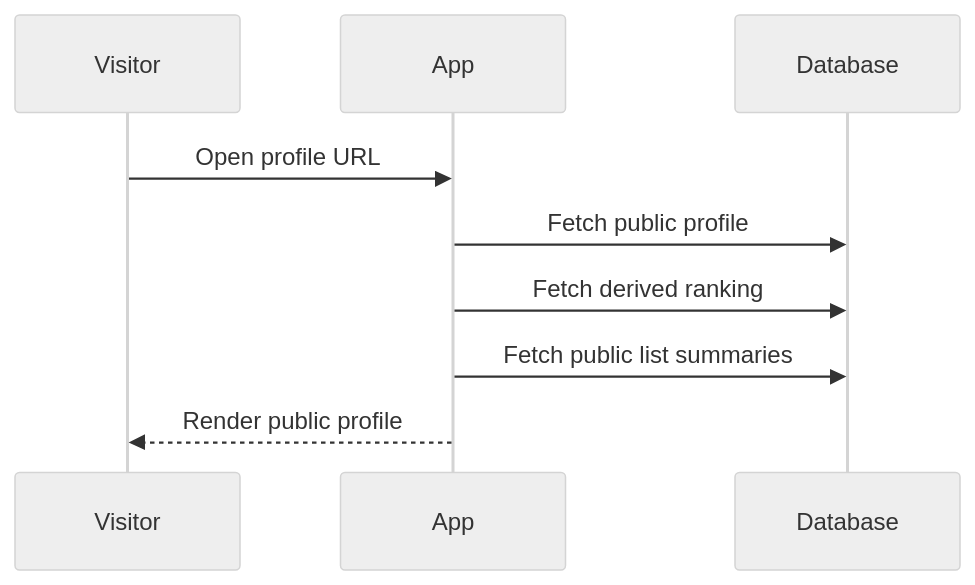
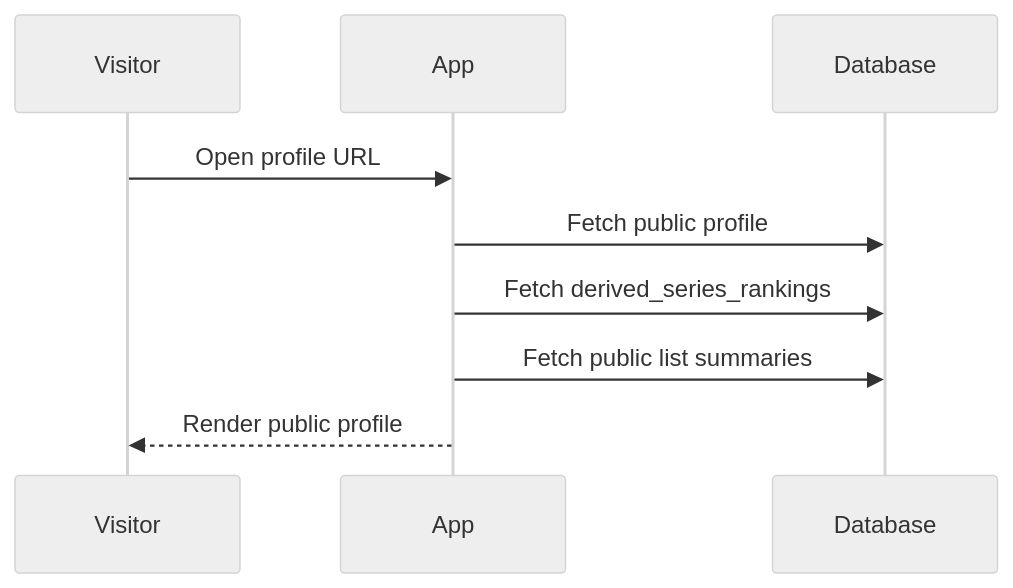
Before and after one commit to ryanzhouuu/suki: the fifth of 5 diagrams in docs/design.md, drawn with Mermaid (neutral theme). The commit also changed other lines of this file, not shown here.

````diff
--- a/docs/design.md
+++ b/docs/design.md
@@ -817,12 +873,12 @@
 ```mermaid
 sequenceDiagram
   participant Visitor
   participant App
   participant Database
 
   Visitor->>App: Open profile URL
   App->>Database: Fetch public profile
-  App->>Database: Fetch derived ranking
+  App->>Database: Fetch derived_series_rankings
   App->>Database: Fetch public list summaries
   App-->>Visitor: Render public profile
 ```
````
